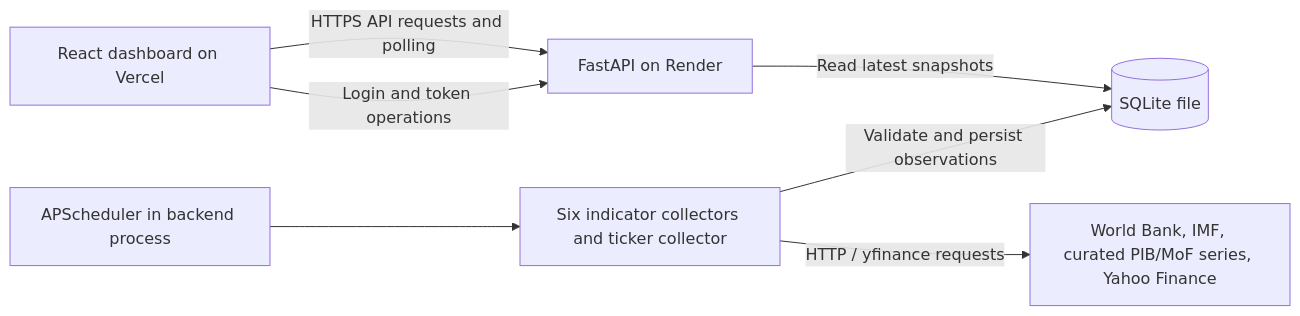
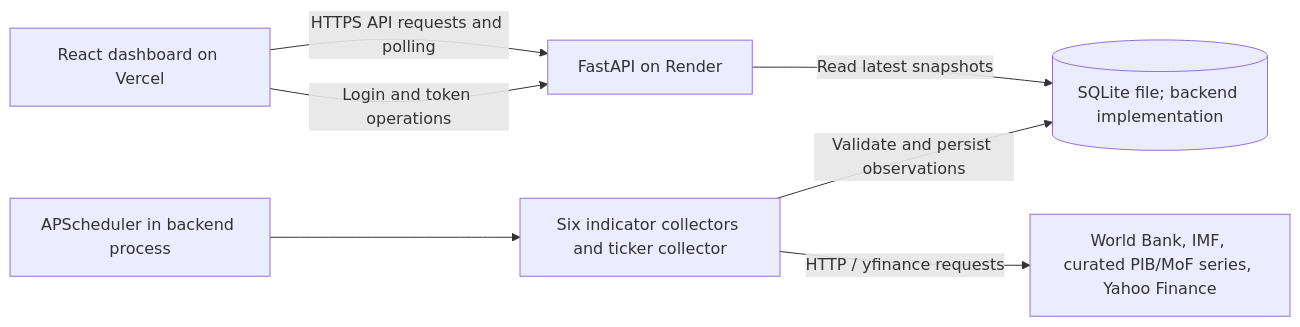
The diagram in README.md (Ripusudan01/economic-indicators-dashboard), drawn with Mermaid before and after one commit. The commit also changed other lines of this file, not shown here.

````diff
--- a/README.md
+++ b/README.md
@@ -88,9 +92,9 @@
 ```mermaid
 flowchart LR
   Browser[React dashboard on Vercel] -->|HTTPS API requests and polling| API[FastAPI on Render]
   Browser -->|Login and token operations| API
-  API -->|Read latest snapshots| DB[(SQLite file)]
+  API -->|Read latest snapshots| DB[(SQLite file; backend implementation)]
   Scheduler[APScheduler in backend process] --> Collectors[Six indicator collectors and ticker collector]
   Collectors -->|HTTP / yfinance requests| Providers[World Bank, IMF, curated PIB/MoF series, Yahoo Finance]
   Collectors -->|Validate and persist observations| DB
 ```
````
